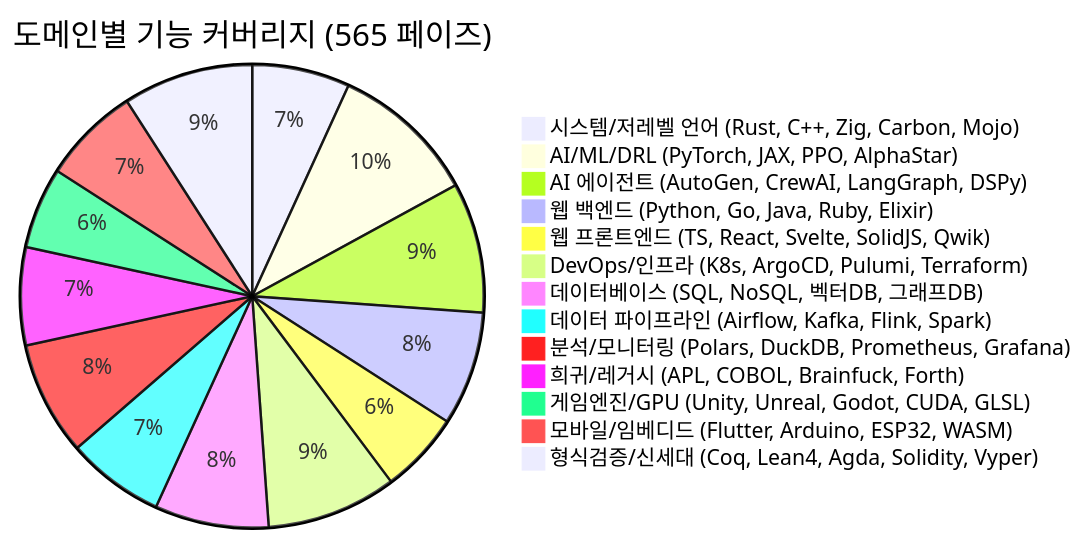
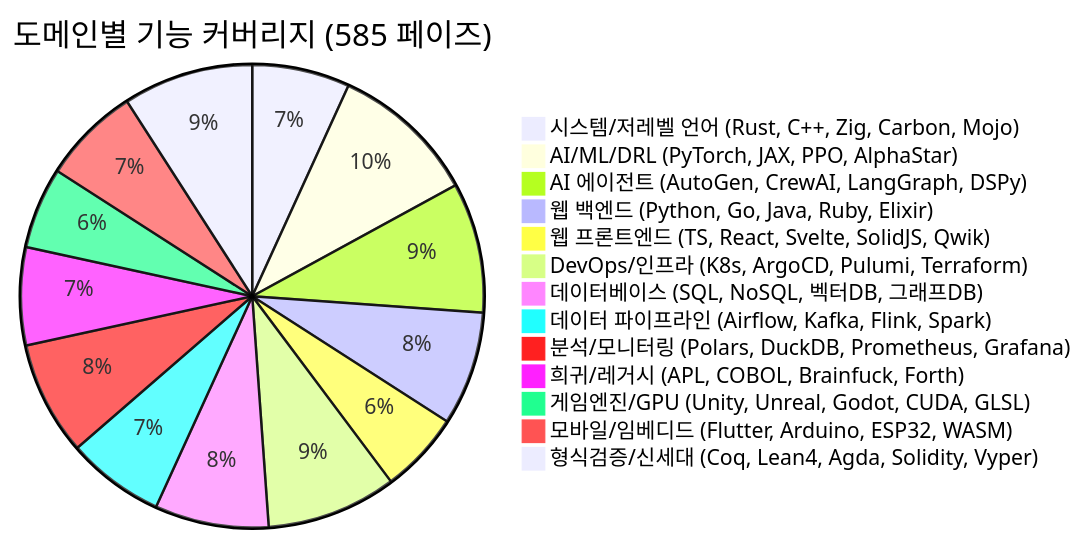
One commit to sun475300-sudo/Swarm-control-in-sc2bot changed diagram 25 of 30 in README.md. Above: the diagram before and after it, drawn with Mermaid. The commit also changed other lines of this file, not shown here.

````diff
--- a/README.md
+++ b/README.md
@@ -1339,16 +1110,16 @@
 ```mermaid
-pie title 도메인별 기능 커버리지 (565 페이즈)
+pie title 도메인별 기능 커버리지 (585 페이즈)
     "시스템/저레벨 언어 (Rust, C++, Zig, Carbon, Mojo)" : 30
     "AI/ML/DRL (PyTorch, JAX, PPO, AlphaStar)" : 45
     "AI 에이전트 (AutoGen, CrewAI, LangGraph, DSPy)" : 40
     "웹 백엔드 (Python, Go, Java, Ruby, Elixir)" : 35
     "웹 프론트엔드 (TS, React, Svelte, SolidJS, Qwik)" : 25
     "DevOps/인프라 (K8s, ArgoCD, Pulumi, Terraform)" : 40
     "데이터베이스 (SQL, NoSQL, 벡터DB, 그래프DB)" : 35
     "데이터 파이프라인 (Airflow, Kafka, Flink, Spark)" : 30
     "분석/모니터링 (Polars, DuckDB, Prometheus, Grafana)" : 35
     "희귀/레거시 (APL, COBOL, Brainfuck, Forth)" : 30
     "게임엔진/GPU (Unity, Unreal, Godot, CUDA, GLSL)" : 25
     "모바일/임베디드 (Flutter, Arduino, ESP32, WASM)" : 30
     "형식검증/신세대 (Coq, Lean4, Agda, Solidity, Vyper)" : 40
 ```
````
